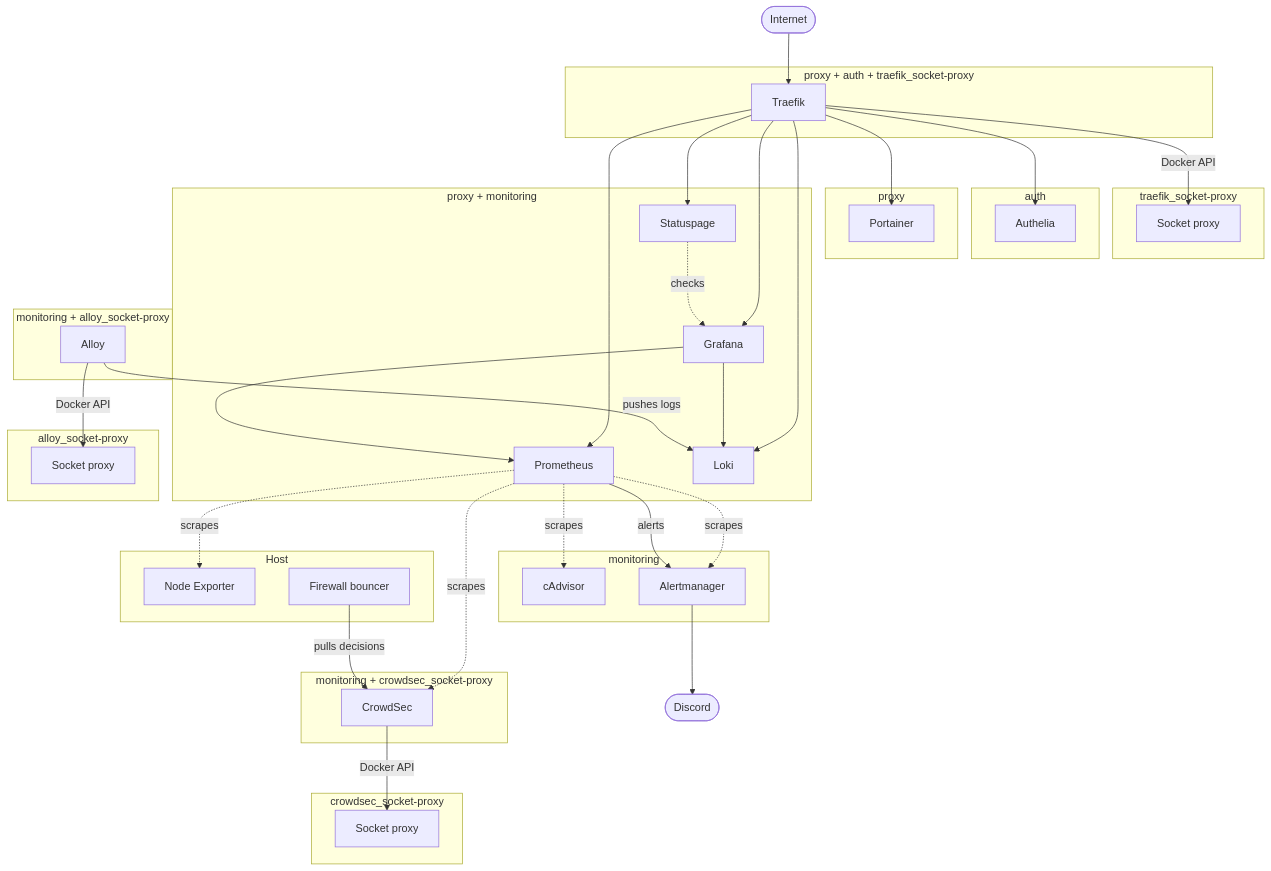
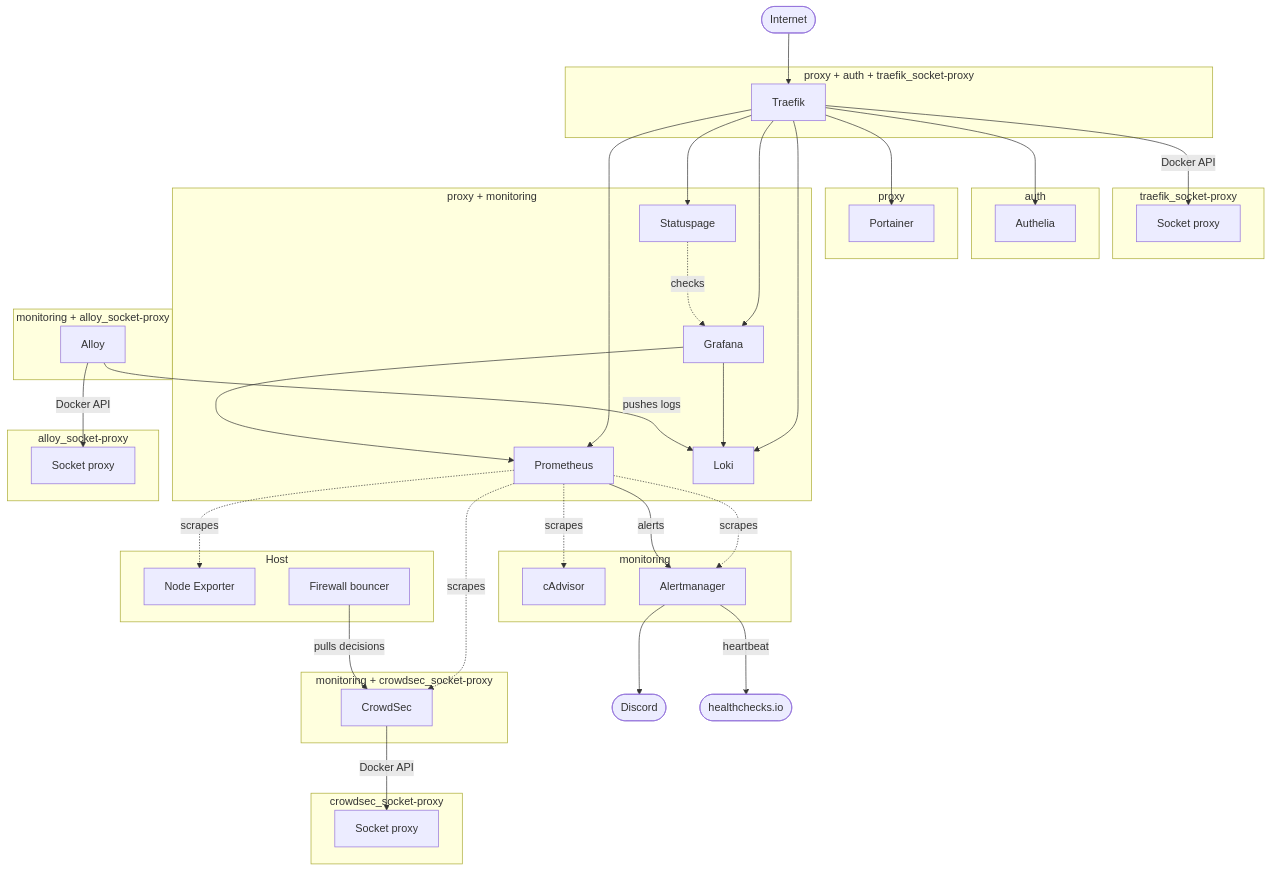
The diagram in README.md (D-Graef-Dev/selfhosted-cloud), drawn with Mermaid before and after one commit. The commit also changed other lines of this file and 4 other files, not shown here.

Commit message:
Watchdog alert with heartbeat to healthchecks.io

````diff
--- a/README.md
+++ b/README.md
@@ -73,79 +73,81 @@
 ```mermaid
 graph TB
     internet([Internet]) --> traefik[Traefik]
 
     subgraph netTraefik[proxy + auth + traefik_socket-proxy]
         traefik
     end
 
     subgraph netTraefikSp[traefik_socket-proxy]
         traefikSp[Socket proxy]
     end
 
     subgraph netAuth[auth]
         authelia[Authelia]
     end
 
     subgraph netProxy[proxy]
         portainer[Portainer]
     end
 
     subgraph netProxyMon[proxy + monitoring]
         grafana[Grafana]
         prometheus[Prometheus]
         loki[Loki]
         statuspage[Statuspage]
     end
 
     subgraph netMon[monitoring]
         cadvisor[cAdvisor]
         alertmanager[Alertmanager]
     end
 
     subgraph netAlloy[monitoring + alloy_socket-proxy]
         alloy[Alloy]
     end
 
     subgraph netAlloySp[alloy_socket-proxy]
         alloySp[Socket proxy]
     end
 
     subgraph netCs[monitoring + crowdsec_socket-proxy]
         crowdsec[CrowdSec]
     end
 
     subgraph netCsSp[crowdsec_socket-proxy]
         csSp[Socket proxy]
     end
 
     subgraph hostGroup[Host]
         nodeexp[Node Exporter]
         bouncer[Firewall bouncer]
     end
 
     discord([Discord])
+    healthchecks([healthchecks.io])
 
     traefik --> authelia
     traefik --> portainer
     traefik --> grafana
     traefik --> prometheus
     traefik --> loki
     traefik --> statuspage
     traefik -->|Docker API| traefikSp
 
     grafana --> prometheus
     grafana --> loki
     statuspage -.->|checks| grafana
 
     prometheus -.->|scrapes| cadvisor
     prometheus -.->|scrapes| nodeexp
     prometheus -.->|scrapes| crowdsec
     prometheus -.->|scrapes| alertmanager
     prometheus -->|alerts| alertmanager
     alertmanager --> discord
+    alertmanager -->|heartbeat| healthchecks
 
     alloy -->|pushes logs| loki
     alloy -->|Docker API| alloySp
     crowdsec -->|Docker API| csSp
     bouncer -->|pulls decisions| crowdsec
 ```
````
